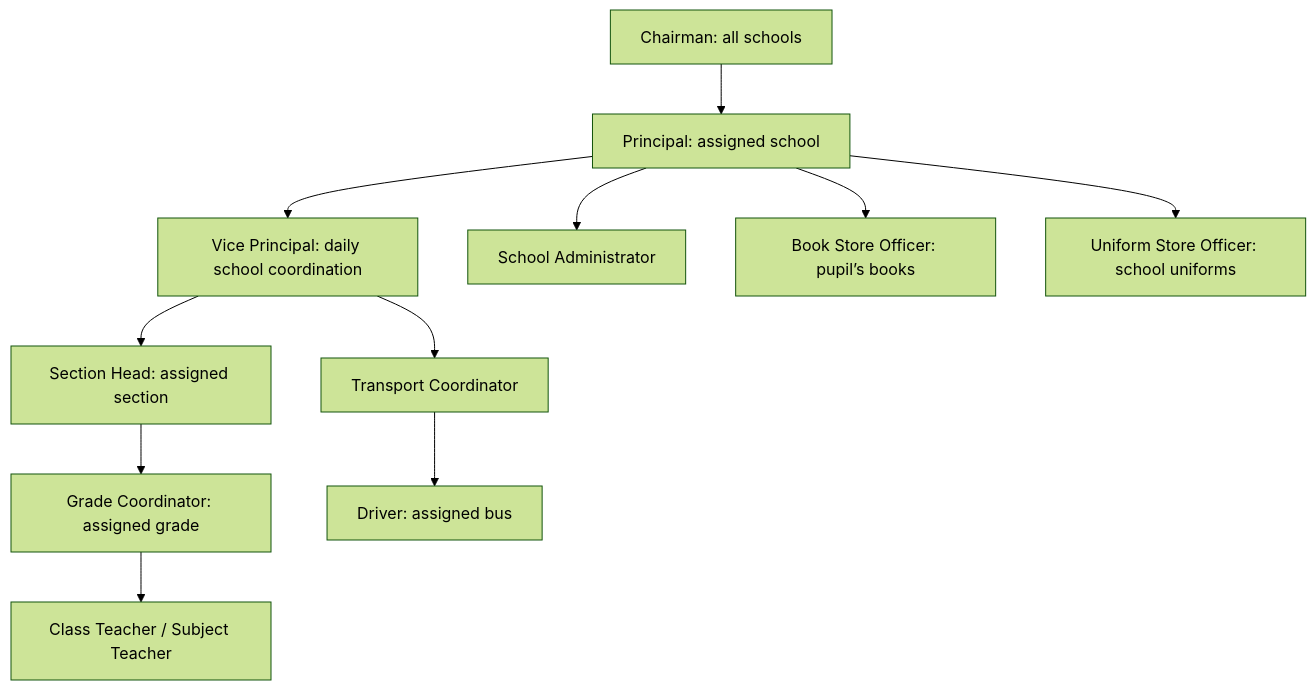
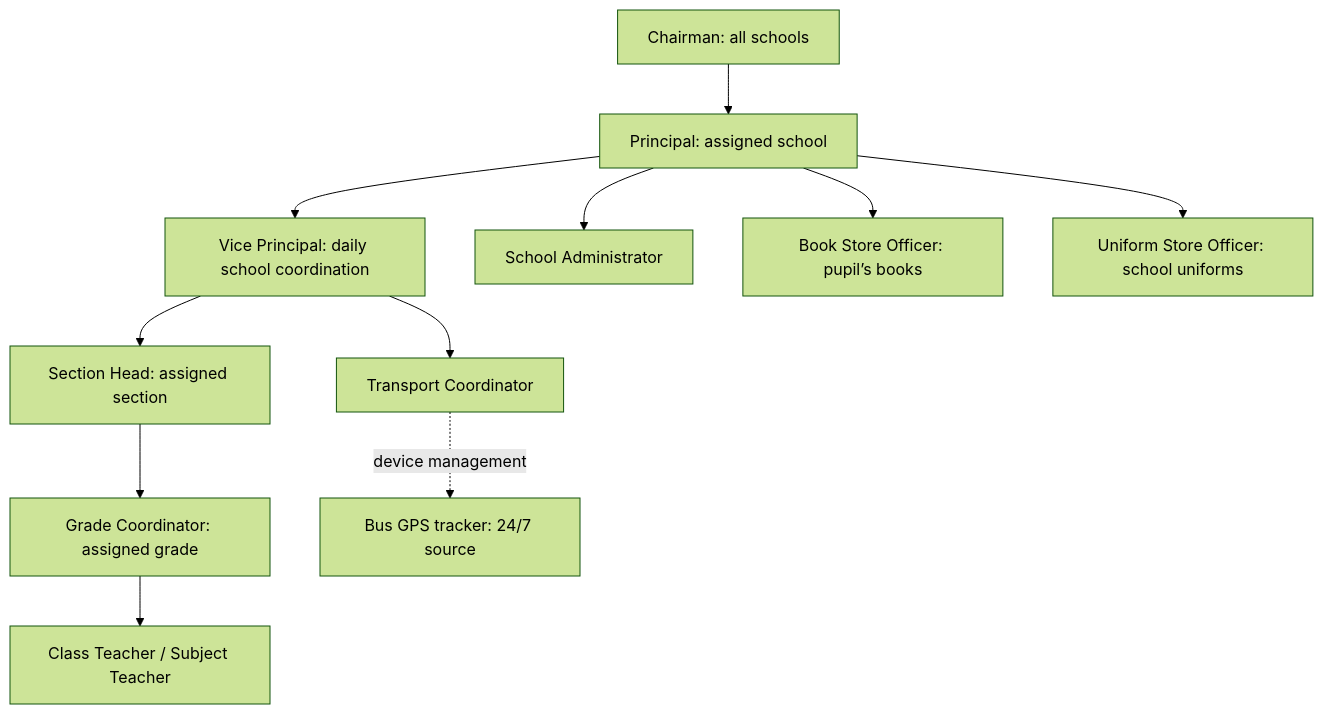
The diagram in ROLE_FEATURES_ACCESS.md (Tradex-Innovations/Sussex-LMS), drawn with Mermaid (forest theme) before and after one commit. The commit also changed other lines of this file and 87 other files, not shown here.

Commit message:
Replace Driver portal with scoped GPS tracker visibility

````diff
--- a/ROLE_FEATURES_ACCESS.md
+++ b/ROLE_FEATURES_ACCESS.md
@@ -58,13 +57,13 @@
 ```mermaid
 flowchart TD
   C[Chairman: all schools] --> P[Principal: assigned school]
   P --> V[Vice Principal: daily school coordination]
   V --> S[Section Head: assigned section]
   S --> G[Grade Coordinator: assigned grade]
   G --> T[Class Teacher / Subject Teacher]
   P --> A[School Administrator]
   V --> B[Transport Coordinator]
-  B --> D[Driver: assigned bus]
+  B -. device management .-> GPS[Bus GPS tracker: 24/7 source]
   P --> L[Book Store Officer: pupil’s books]
   P --> U[Uniform Store Officer: school uniforms]
 ```
````
